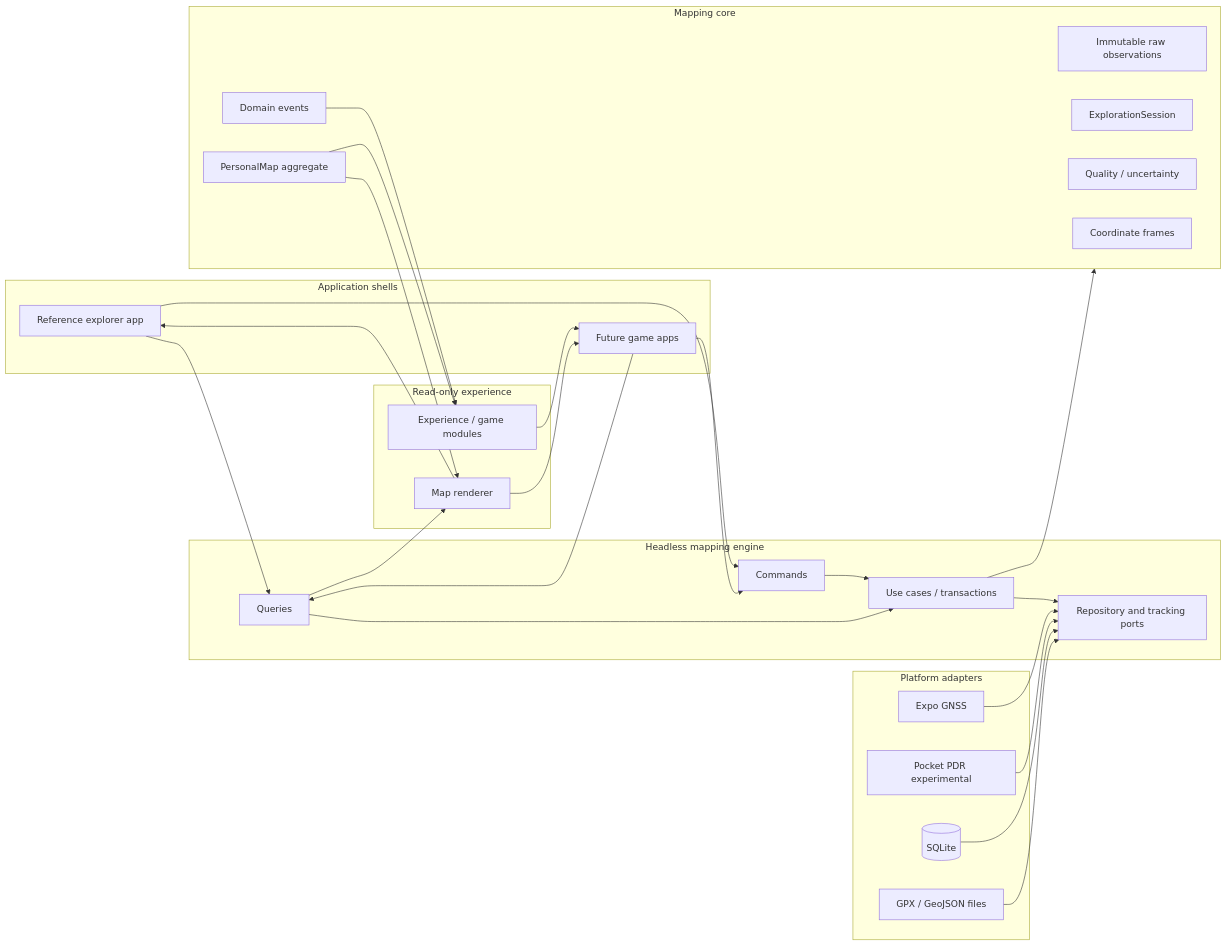
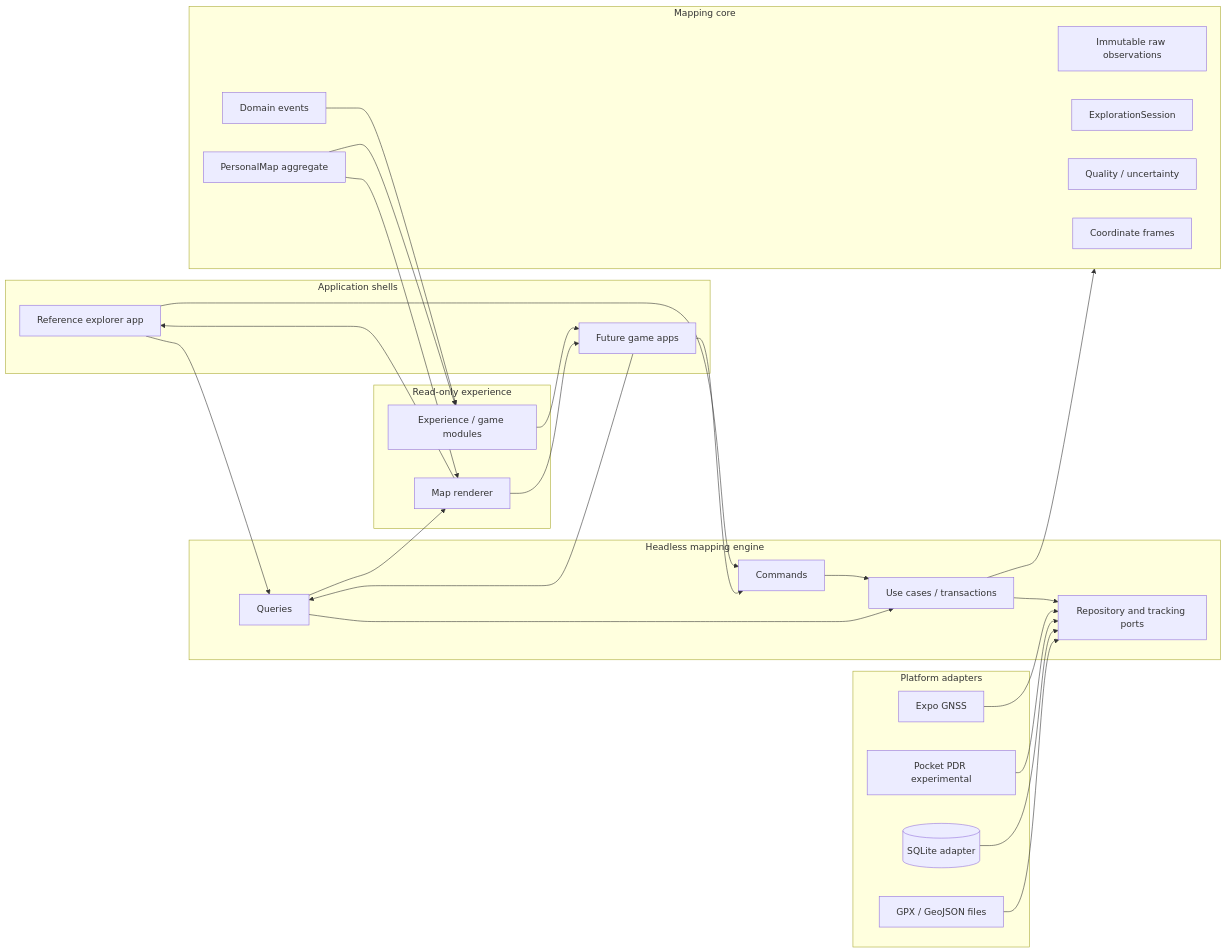
The diagram in docs/ARCHITECTURE.md (328cider/personal-exploration-map), drawn with Mermaid before and after one commit. The commit also changed other lines of this file, not shown here.

Commit message:
docs: record executable engine and tested SQLite adapter

````diff
--- a/docs/ARCHITECTURE.md
+++ b/docs/ARCHITECTURE.md
@@ -11,55 +11,55 @@
 ```mermaid
 flowchart LR
   subgraph Apps[Application shells]
     Explorer[Reference explorer app]
     Game[Future game apps]
   end
 
   subgraph Experience[Read-only experience]
     GameRules[Experience / game modules]
     Renderer[Map renderer]
   end
 
   subgraph Engine[Headless mapping engine]
     Commands[Commands]
     Queries[Queries]
     Transactions[Use cases / transactions]
     Ports[Repository and tracking ports]
   end
 
   subgraph Core[Mapping core]
     Raw[Immutable raw observations]
     Session[ExplorationSession]
     Filter[Quality / uncertainty]
     Frame[Coordinate frames]
     Aggregate[PersonalMap aggregate]
     Events[Domain events]
   end
 
   subgraph Adapters[Platform adapters]
     GNSS[Expo GNSS]
     PDR[Pocket PDR experimental]
-    SQLite[(SQLite)]
+    SQLite[(SQLite adapter)]
     Files[GPX / GeoJSON files]
   end
 
   Explorer --> Commands
   Explorer --> Queries
   Game --> Commands
   Game --> Queries
   Commands --> Transactions
   Queries --> Transactions
   Transactions --> Core
   Transactions --> Ports
   GNSS --> Ports
   PDR --> Ports
   SQLite --> Ports
   Files --> Ports
   Queries --> Renderer
   Events --> GameRules
   Aggregate --> Renderer
   Aggregate --> GameRules
   GameRules --> Game
   Renderer --> Explorer
   Renderer --> Game
 ```
````
